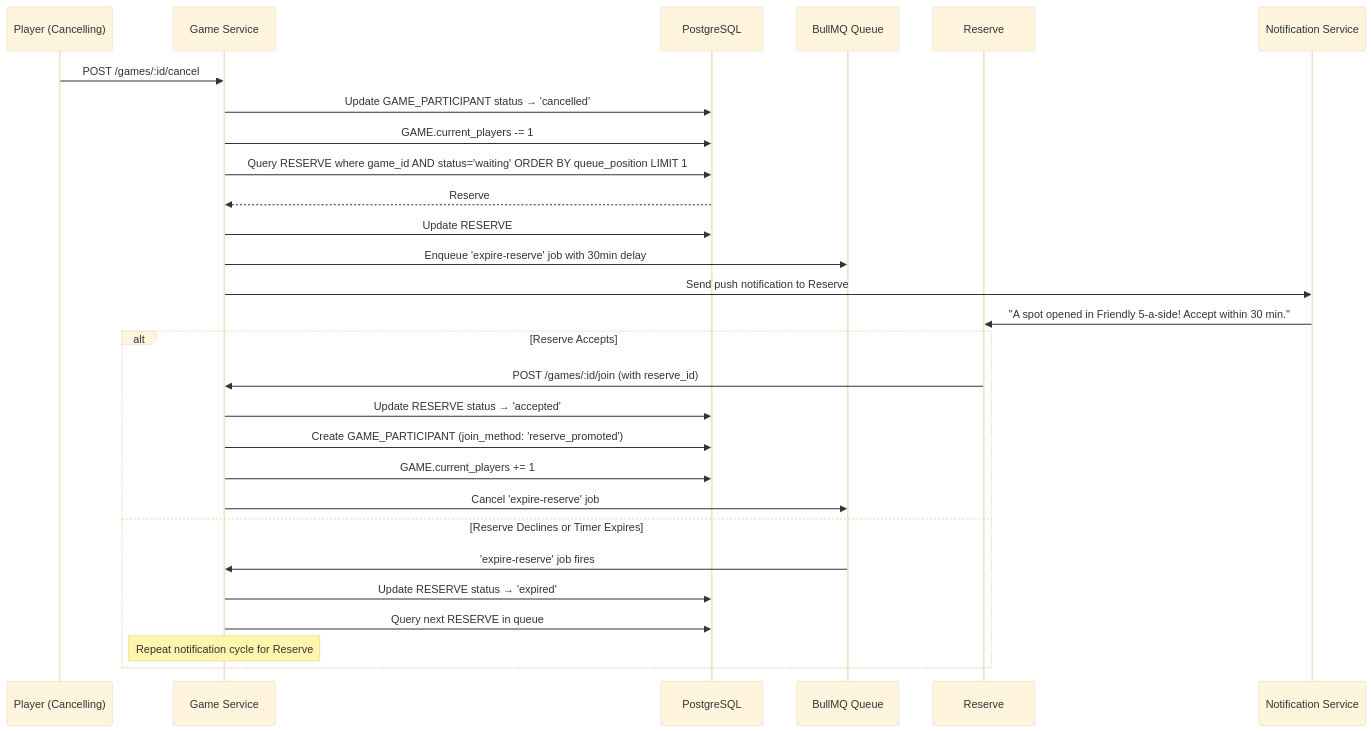
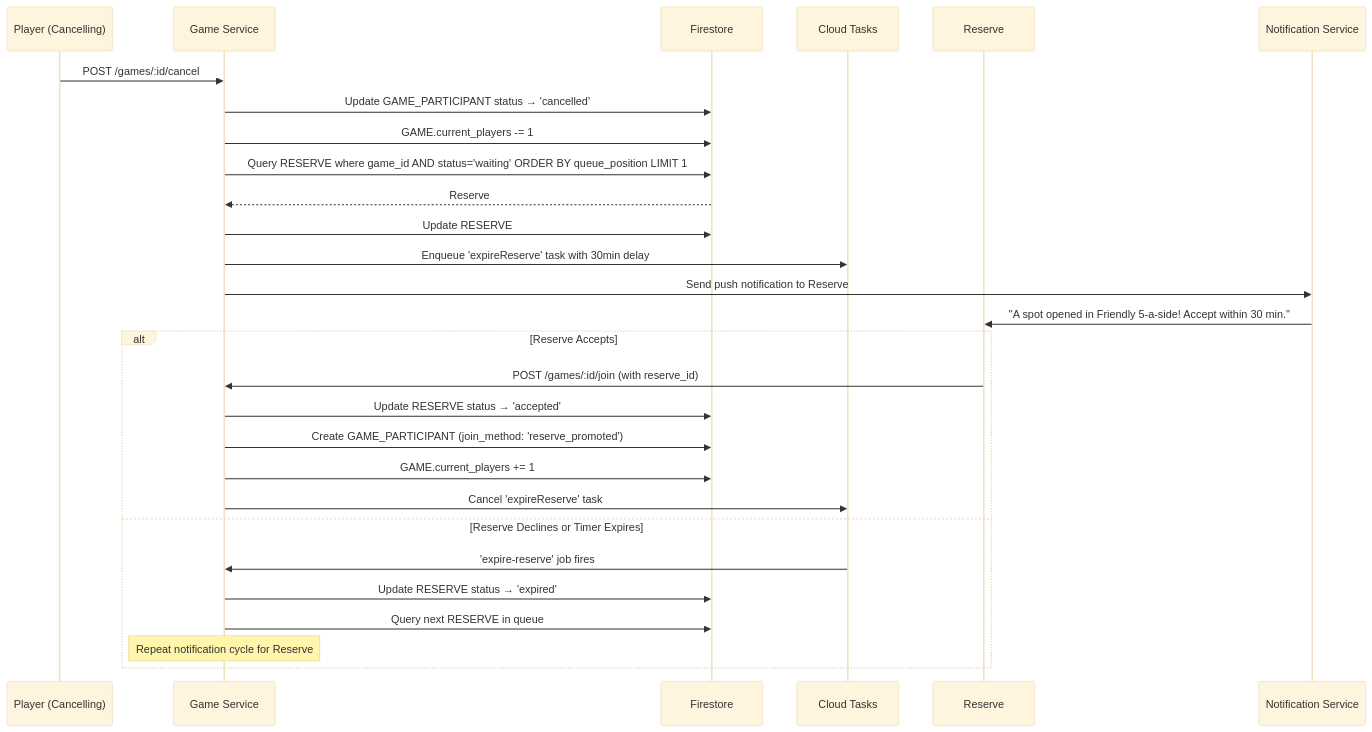
Before and after one commit to AmbrishMuniraju/GameNI: the first of 2 diagrams in docs/08_workflow_guide.md, drawn with Mermaid (base theme). The commit also changed other lines of this file and 10 other files, not shown here.

````diff
--- a/docs/08_workflow_guide.md
+++ b/docs/08_workflow_guide.md
@@ -13,32 +13,32 @@
 ```mermaid
 sequenceDiagram
     participant P as Player (Cancelling)
     participant API as Game Service
-    participant DB as PostgreSQL
-    participant Q as BullMQ Queue
+    participant DB as Firestore
+    participant Q as Cloud Tasks
     participant R as Reserve #1
     participant N as Notification Service
 
     P->>API: POST /games/:id/cancel
     API->>DB: Update GAME_PARTICIPANT status → 'cancelled'
     API->>DB: GAME.current_players -= 1
     API->>DB: Query RESERVE where game_id AND status='waiting' ORDER BY queue_position LIMIT 1
     DB-->>API: Reserve #1 found
     API->>DB: Update RESERVE #1 status → 'notified', set notified_at
-    API->>Q: Enqueue 'expire-reserve' job with 30min delay
+    API->>Q: Enqueue 'expireReserve' task with 30min delay
     API->>N: Send push notification to Reserve #1
     N->>R: "A spot opened in Friendly 5-a-side! Accept within 30 min."
     
     alt Reserve Accepts
         R->>API: POST /games/:id/join (with reserve_id)
         API->>DB: Update RESERVE status → 'accepted'
         API->>DB: Create GAME_PARTICIPANT (join_method: 'reserve_promoted')
         API->>DB: GAME.current_players += 1
-        API->>Q: Cancel 'expire-reserve' job
+        API->>Q: Cancel 'expireReserve' task
     else Reserve Declines or Timer Expires
         Q->>API: 'expire-reserve' job fires
         API->>DB: Update RESERVE status → 'expired'
         API->>DB: Query next RESERVE in queue
         Note over API: Repeat notification cycle for Reserve #2
     end
 ```
````
